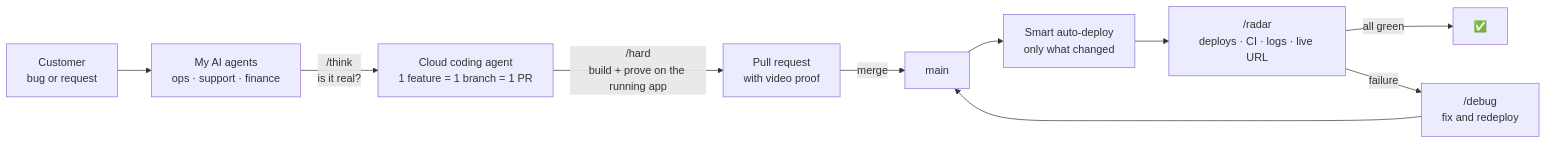
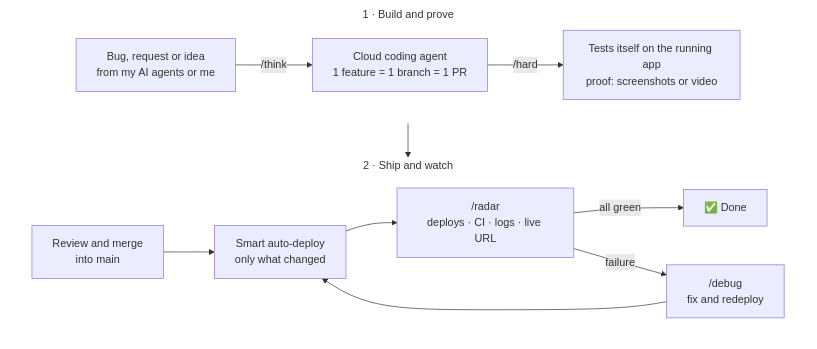
The diagram in README.md (romeohc/romeohc), drawn with Mermaid before and after one commit. The commit also changed other lines of this file, not shown here.

````diff
--- a/README.md
+++ b/README.md
@@ -17,12 +15,19 @@
 ```mermaid
-flowchart LR
-    C["Customer<br/>bug or request"] --> B["My AI agents<br/>ops · support · finance"]
-    B -->|"/think<br/>is it real?"| A["Cloud coding agent<br/>1 feature = 1 branch = 1 PR"]
-    A -->|"/hard<br/>build + prove on the running app"| P["Pull request<br/>with video proof"]
-    P -->|merge| M["main"]
-    M --> D["Smart auto-deploy<br/>only what changed"]
-    D --> R["/radar<br/>deploys · CI · logs · live URL"]
-    R -->|"all green"| OK["✅"]
-    R -->|"failure"| F["/debug<br/>fix and redeploy"]
-    F --> M
+flowchart TB
+    subgraph BUILD ["1 · Build and prove"]
+        direction LR
+        IN["Bug, request or idea<br/>from my AI agents or me"] -->|"/think"| AG["Cloud coding agent<br/>1 feature = 1 branch = 1 PR"]
+        AG -->|"/hard"| PR["Tests itself on the running app<br/>proof: screenshots or video"]
+    end
+    subgraph SHIP ["2 · Ship and watch"]
+        direction LR
+        M["Review and merge<br/>into main"] --> D["Smart auto-deploy<br/>only what changed"]
+        D --> R["/radar<br/>deploys · CI · logs · live URL"]
+        R -->|"all green"| OK["✅ Done"]
+        R -->|"failure"| F["/debug<br/>fix and redeploy"]
+        F --> D
+    end
+    BUILD --> SHIP
+    style BUILD fill:none,stroke:none
+    style SHIP fill:none,stroke:none
 ```
````
